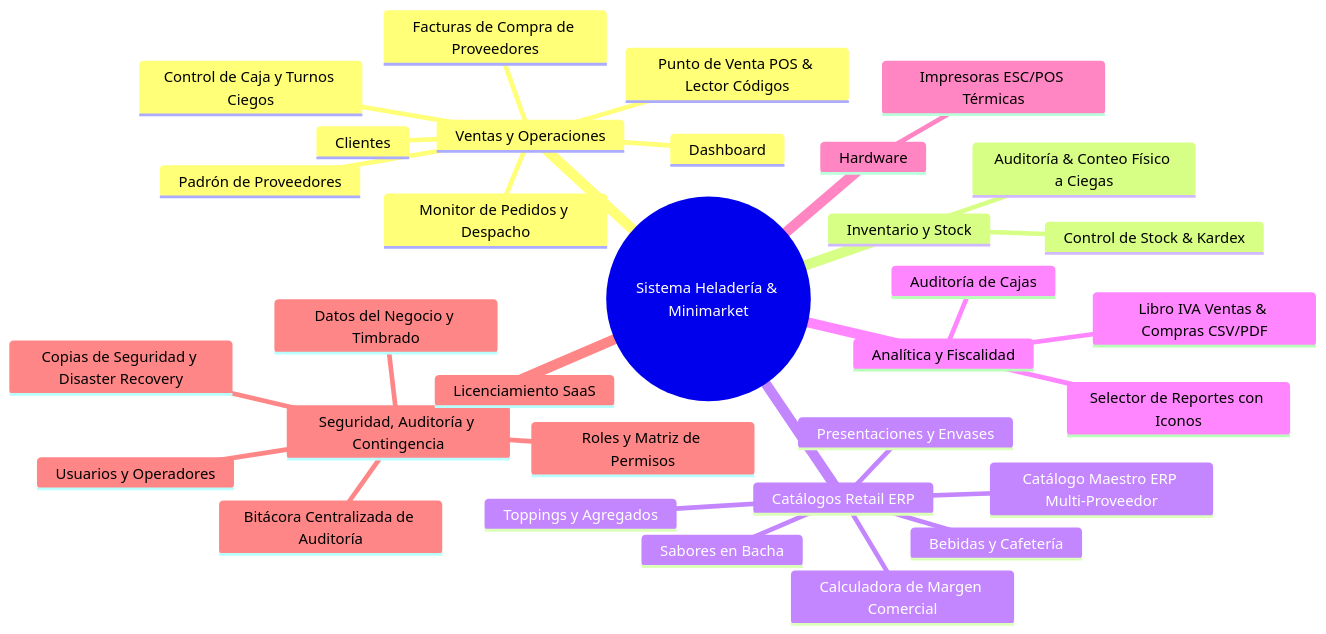
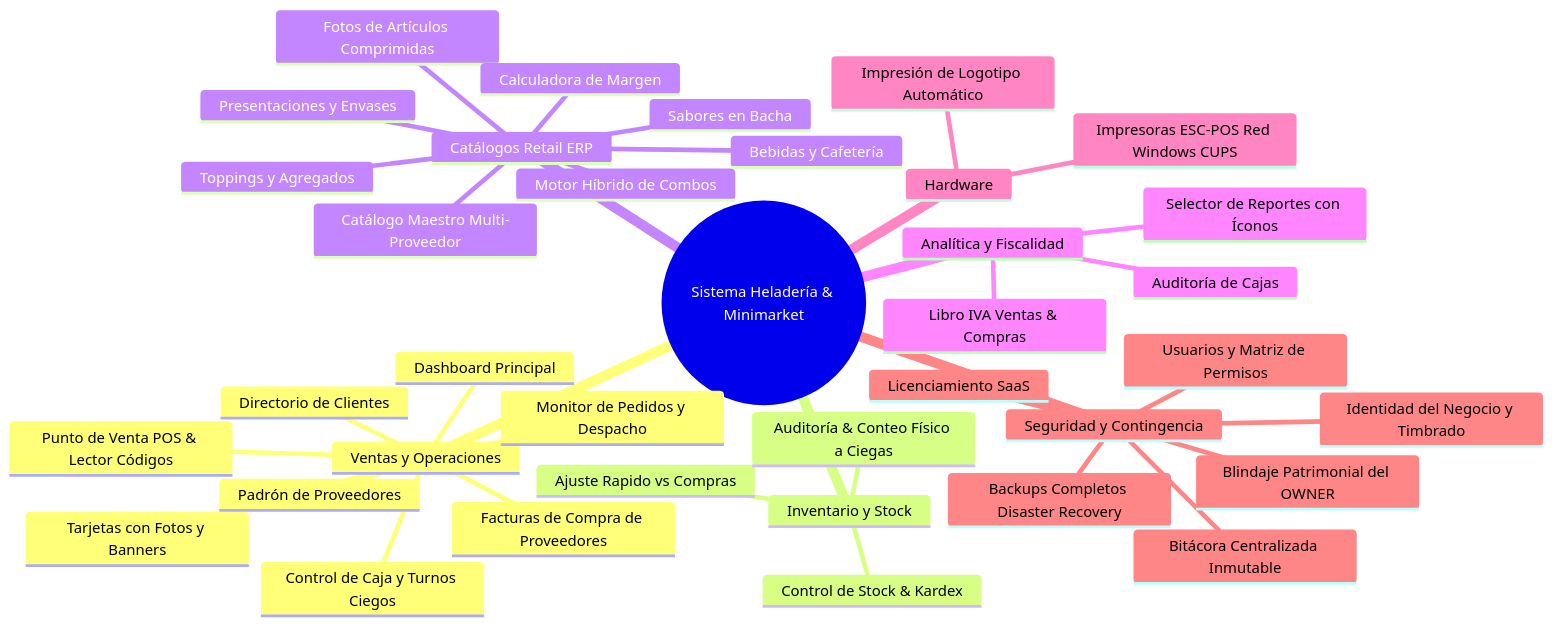
The diagram in MODULOS_Y_BONDADES.md (francisram/minimarketFront), drawn with Mermaid before and after one commit. The commit also changed other lines of this file, not shown here.

Commit message:
docs: actualizar dossier de modulos y bondades con fotos en pos, blindaje owner, impresoras y backups

````diff
--- a/MODULOS_Y_BONDADES.md
+++ b/MODULOS_Y_BONDADES.md
@@ -22,35 +22,40 @@
 ```mermaid
 mindmap
   root((Sistema Heladería & Minimarket))
     Ventas y Operaciones
-      Dashboard
+      Dashboard Principal
       Control de Caja y Turnos Ciegos
       Punto de Venta POS & Lector Códigos
+      Tarjetas con Fotos y Banners
       Monitor de Pedidos y Despacho
-      Clientes
+      Directorio de Clientes
       Padrón de Proveedores
       Facturas de Compra de Proveedores
     Inventario y Stock
       Control de Stock & Kardex
+      Ajuste Rapido vs Compras
       Auditoría & Conteo Físico a Ciegas
     Catálogos Retail ERP
-      Catálogo Maestro ERP Multi-Proveedor
+      Catálogo Maestro Multi-Proveedor
+      Fotos de Artículos Comprimidas
+      Motor Híbrido de Combos
       Sabores en Bacha
       Presentaciones y Envases
       Toppings y Agregados
       Bebidas y Cafetería
-      Calculadora de Margen Comercial
+      Calculadora de Margen
     Analítica y Fiscalidad
-      Selector de Reportes con Iconos
-      Libro IVA Ventas & Compras CSV/PDF
+      Selector de Reportes con Íconos
+      Libro IVA Ventas & Compras
       Auditoría de Cajas
     Hardware
-      Impresoras ESC/POS Térmicas
-    Seguridad, Auditoría y Contingencia
-      Bitácora Centralizada de Auditoría
-      Usuarios y Operadores
-      Roles y Matriz de Permisos
+      Impresoras ESC-POS Red Windows CUPS
+      Impresión de Logotipo Automático
+    Seguridad y Contingencia
+      Bitácora Centralizada Inmutable
+      Blindaje Patrimonial del OWNER
+      Usuarios y Matriz de Permisos
+      Identidad del Negocio y Timbrado
       Licenciamiento SaaS
-      Datos del Negocio y Timbrado
-      Copias de Seguridad y Disaster Recovery
+      Backups Completos Disaster Recovery
 ```
````
